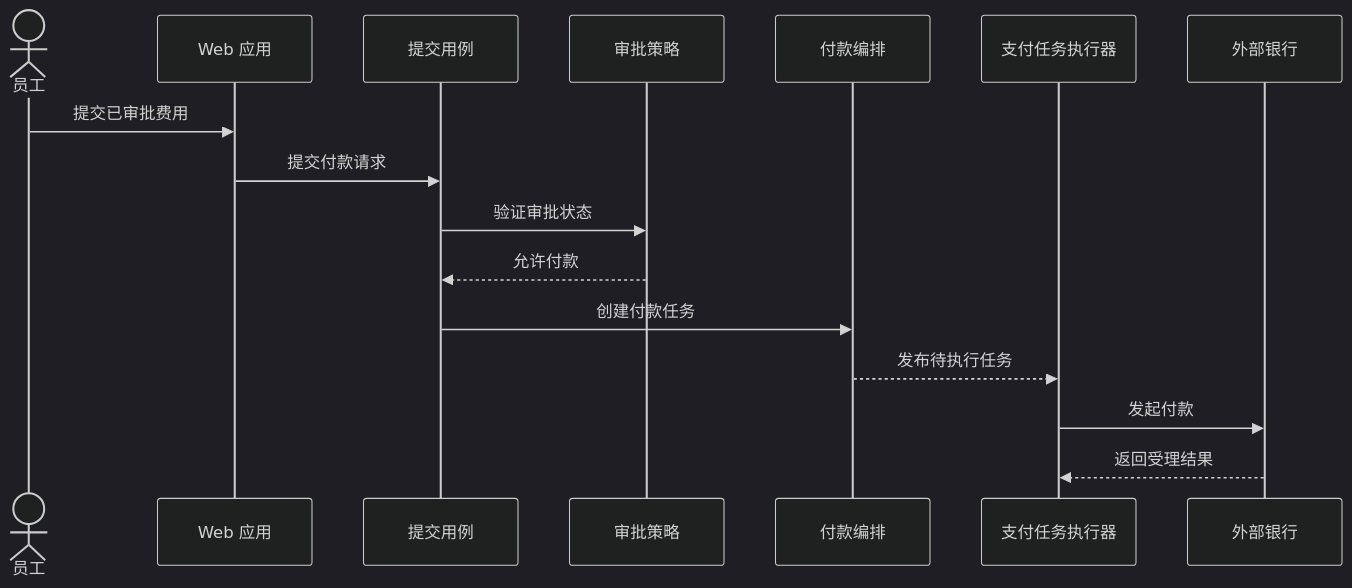
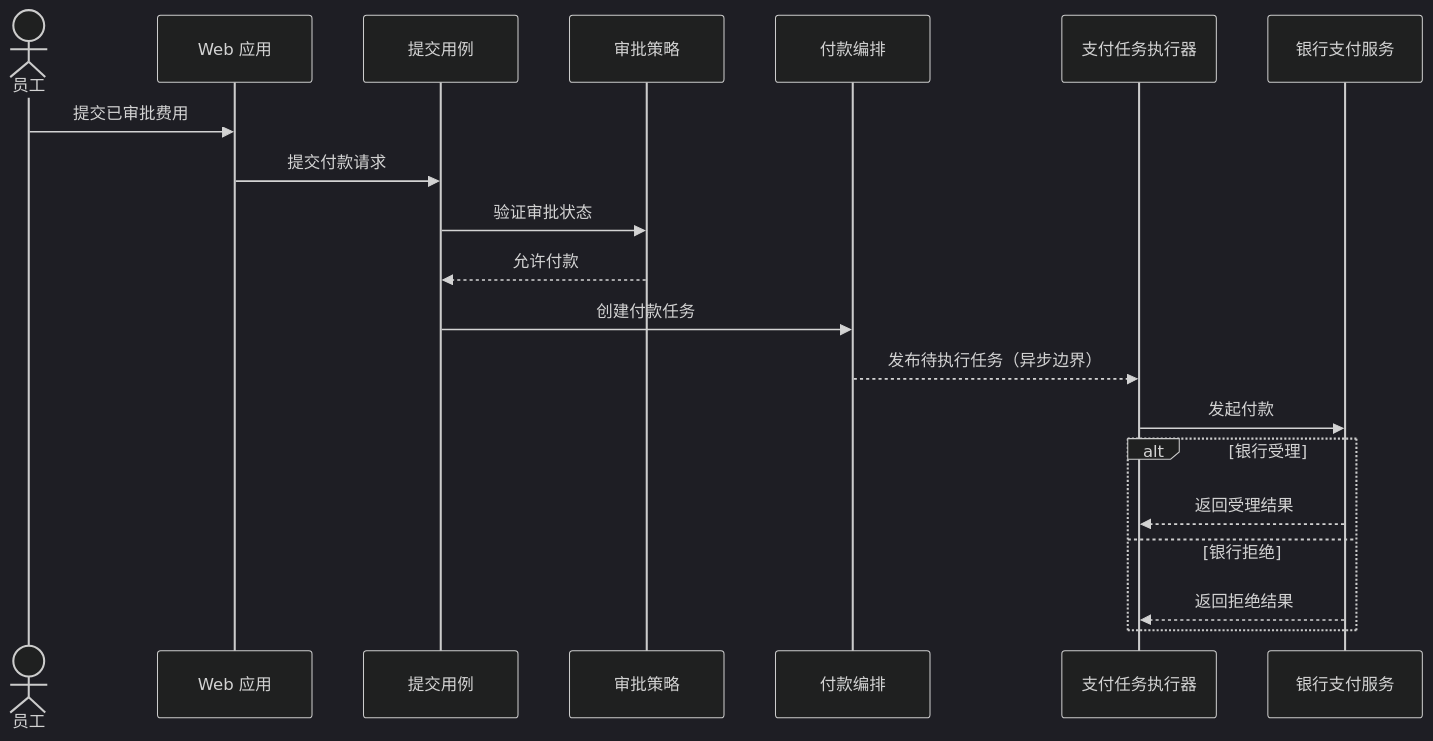
One commit to sealday/tego-arch changed the diagram in content/modeling/mod-03-c4-component-dynamic-deployment.mdx. Above: the diagram before and after it, drawn with Mermaid (dark theme). The commit also changed other lines of this file and 20 other files, not shown here.

````diff
--- a/content/modeling/mod-03-c4-component-dynamic-deployment.mdx
+++ b/content/modeling/mod-03-c4-component-dynamic-deployment.mdx
@@ -79,19 +79,23 @@
 ```mermaid
 sequenceDiagram
   actor Employee as 员工
   participant Web as Web 应用
   participant Submit as 提交用例
   participant Policy as 审批策略
   participant Payment as 付款编排
   participant Worker as 支付任务执行器
-  participant Bank as 外部银行
+  participant Bank as 银行支付服务
 
   Employee->>Web: 提交已审批费用
   Web->>Submit: 提交付款请求
   Submit->>Policy: 验证审批状态
   Policy-->>Submit: 允许付款
   Submit->>Payment: 创建付款任务
-  Payment-->>Worker: 发布待执行任务
+  Payment-->>Worker: 发布待执行任务（异步边界）
   Worker->>Bank: 发起付款
-  Bank-->>Worker: 返回受理结果
+  alt 银行受理
+    Bank-->>Worker: 返回受理结果
+  else 银行拒绝
+    Bank-->>Worker: 返回拒绝结果
+  end
 ```
````
